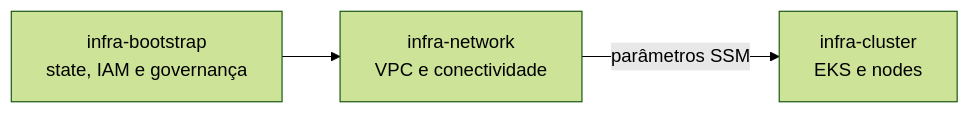
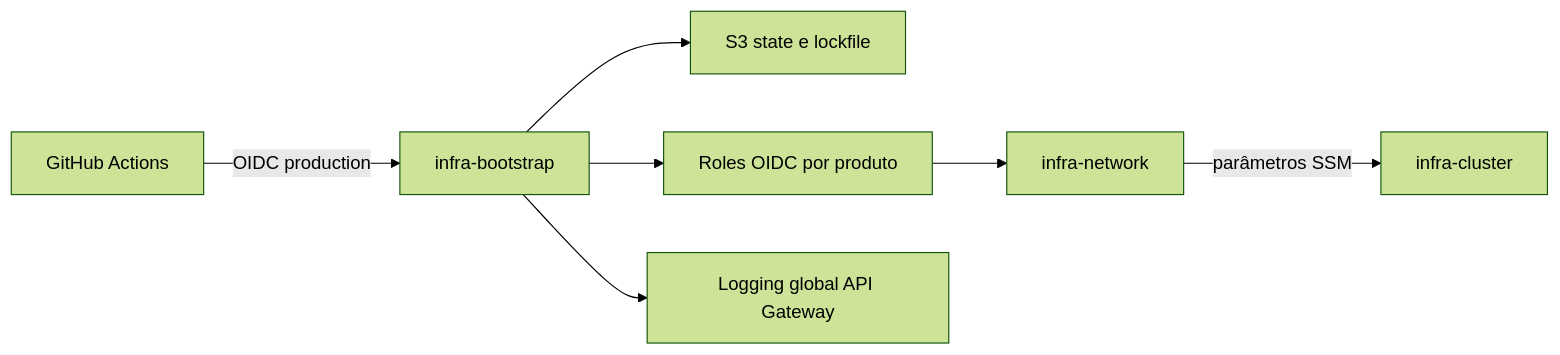
Before and after one commit to AloisioBarbosa/infra-bootstrap: the diagram in README.md, drawn with Mermaid (forest theme). The commit also changed other lines of this file and 4 other files, not shown here.

````diff
--- a/README.md
+++ b/README.md
@@ -25,5 +30,9 @@
 ```mermaid
 flowchart LR
-  B["infra-bootstrap\nstate, IAM e governança"] --> N["infra-network\nVPC e conectividade"]
-  N -->|"parâmetros SSM"| C["infra-cluster\nEKS e nodes"]
+  GH["GitHub Actions"] -->|"OIDC production"| B["infra-bootstrap"]
+  B --> S3["S3 state e lockfile"]
+  B --> IAM["Roles OIDC por produto"]
+  B --> APIGW["Logging global API Gateway"]
+  IAM --> N["infra-network"]
+  N -->|"parâmetros SSM"| C["infra-cluster"]
 ```
````
